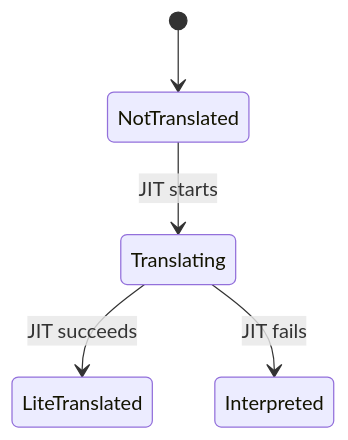
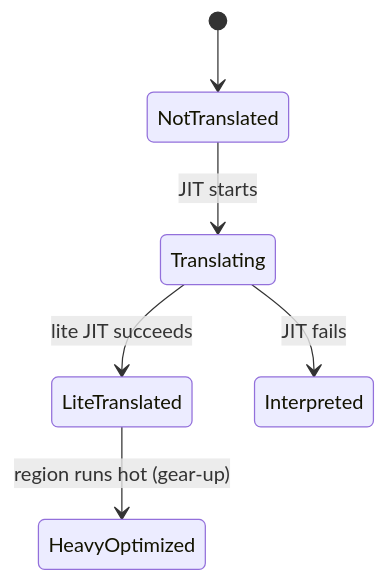
One commit to DigitalisX64/digitalis changed diagram 16 of 48 in docs/how-it-works.md. Above: the diagram before and after it, drawn with Mermaid. The commit also changed other lines of this file and 2 other files, not shown here.

First line of the commit message:
docs: reflect two-gear heavy optimizer default + recent prebuilt fixes

````diff
--- a/docs/how-it-works.md
+++ b/docs/how-it-works.md
@@ -1009,7 +1019,8 @@
 ```mermaid
 stateDiagram-v2
     [*] --> NotTranslated
     NotTranslated --> Translating : JIT starts
-    Translating --> LiteTranslated : JIT succeeds
+    Translating --> LiteTranslated : lite JIT succeeds
     Translating --> Interpreted : JIT fails
+    LiteTranslated --> HeavyOptimized : region runs hot (gear-up)
 ```
````
